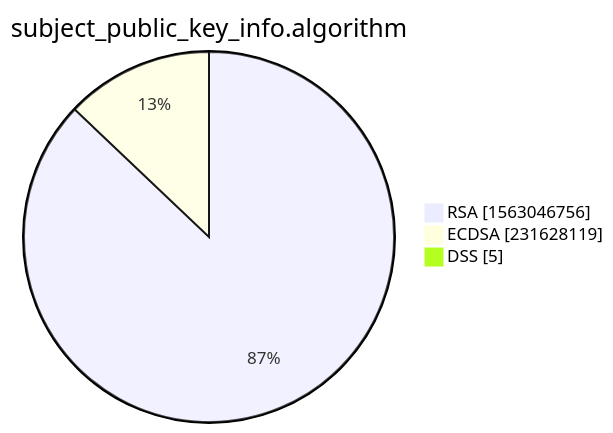
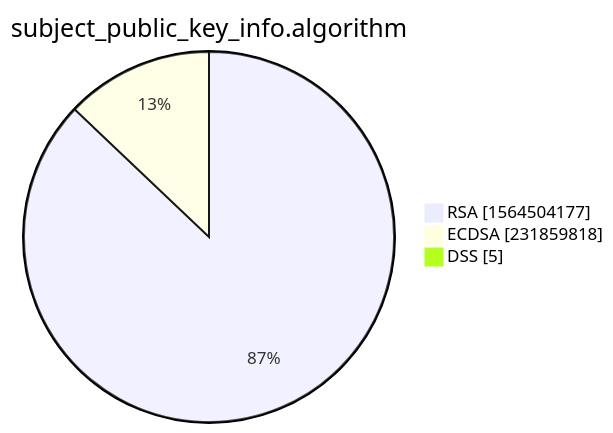
One commit to christiankrug/ctmonitor_visualization changed the third of 15 diagrams in xenon2022/README.md. Above: the diagram before and after it, drawn with Mermaid. The commit also changed other lines of this file, not shown here.

````diff
--- a/xenon2022/README.md
+++ b/xenon2022/README.md
@@ -14,7 +14,7 @@
 ```mermaid
 pie showData
 title subject_public_key_info.algorithm
-"RSA" :1563046756
-"ECDSA" :231628119
+"RSA" :1564504177
+"ECDSA" :231859818
 "DSS" :5
 ```
````
